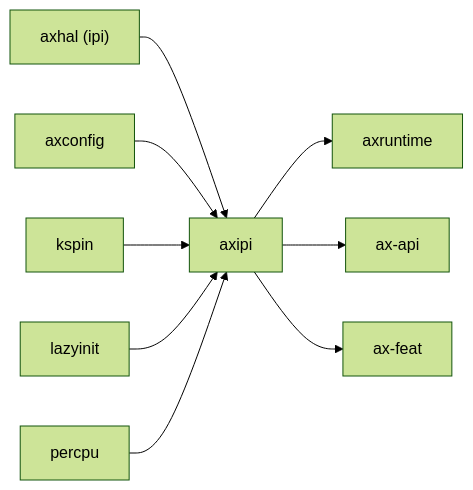
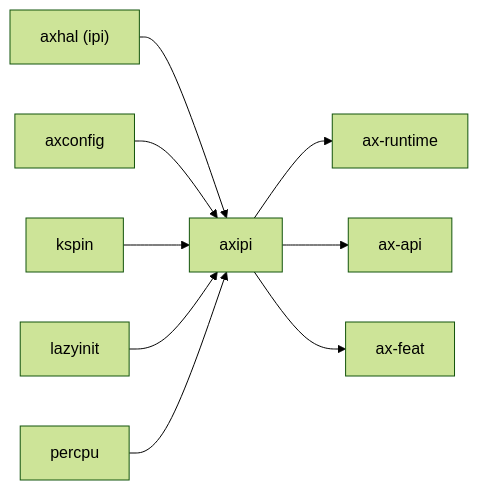
The second of 2 diagrams in docs/crates/axipi.md (zKurisu/tgoskits), drawn with Mermaid (forest theme) before and after one commit. The commit also changed other lines of this file and 69 other files, not shown here.

Commit message:
rename axruntime to ax-runtime

````diff
--- a/docs/crates/axipi.md
+++ b/docs/crates/axipi.md
@@ -77,12 +77,12 @@
 ```mermaid
 graph LR
     axhal["axhal (ipi)"] --> axipi["axipi"]
     axconfig["axconfig"] --> axipi
     kspin["kspin"] --> axipi
     lazyinit["lazyinit"] --> axipi
     percpu["percpu"] --> axipi
 
-    axipi --> axruntime["axruntime"]
+    axipi --> ax-runtime["ax-runtime"]
     axipi --> ax-api["ax-api"]
     axipi --> ax-feat["ax-feat"]
 ```
````
